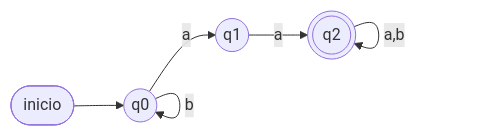
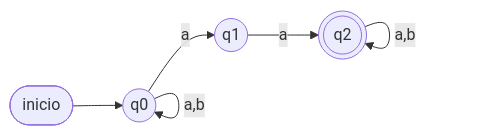
One commit to yhwachoo/Grafos changed the fifth of 13 diagrams in ejercicios/soluciones-ejercicios.md. Above: the diagram before and after it, drawn with Mermaid. The commit also changed other lines of this file and 6 other files, not shown here.

First line of the commit message:
Corrige diagramas con lazos superpuestos (etiquetas que no se veían)

````diff
--- a/ejercicios/soluciones-ejercicios.md
+++ b/ejercicios/soluciones-ejercicios.md
@@ -225,12 +225,11 @@
 ```mermaid
 graph LR
     ini([inicio]) --> q0
     q0((q0))
     q1((q1))
     q2(((q2)))
-    q0 -->|a| q0
+    q0 -->|"a,b"| q0
     q0 -->|a| q1
-    q0 -->|b| q0
     q1 -->|a| q2
     q2 -->|a,b| q2
 ```
````
